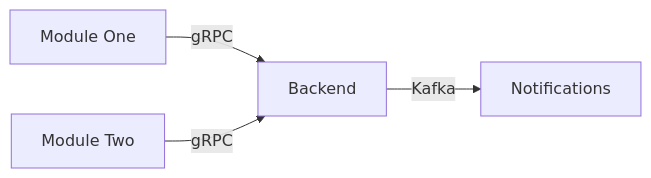
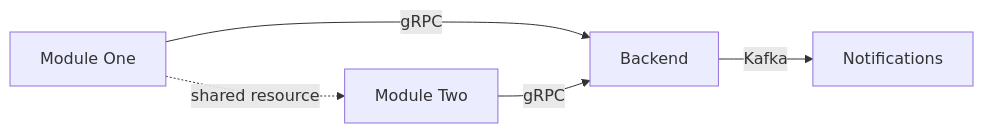
The diagram in src/skills/design-docs/SKILL.md (LukianovII/rolling-weft), drawn with Mermaid before and after one commit. The commit also changed other lines of this file, not shown here.

Commit message:
feat: design-docs — goal-first diagram discipline, iterative lifecycle

````diff
--- a/src/skills/design-docs/SKILL.md
+++ b/src/skills/design-docs/SKILL.md
@@ -97,6 +137,7 @@
 ```mermaid
 graph LR
   One[Module One] -->|"gRPC"| Backend
   Two[Module Two] -->|"gRPC"| Backend
   Backend -->|"Kafka"| Notifications
+  One -.->|"shared resource"| Two
 ```
````
